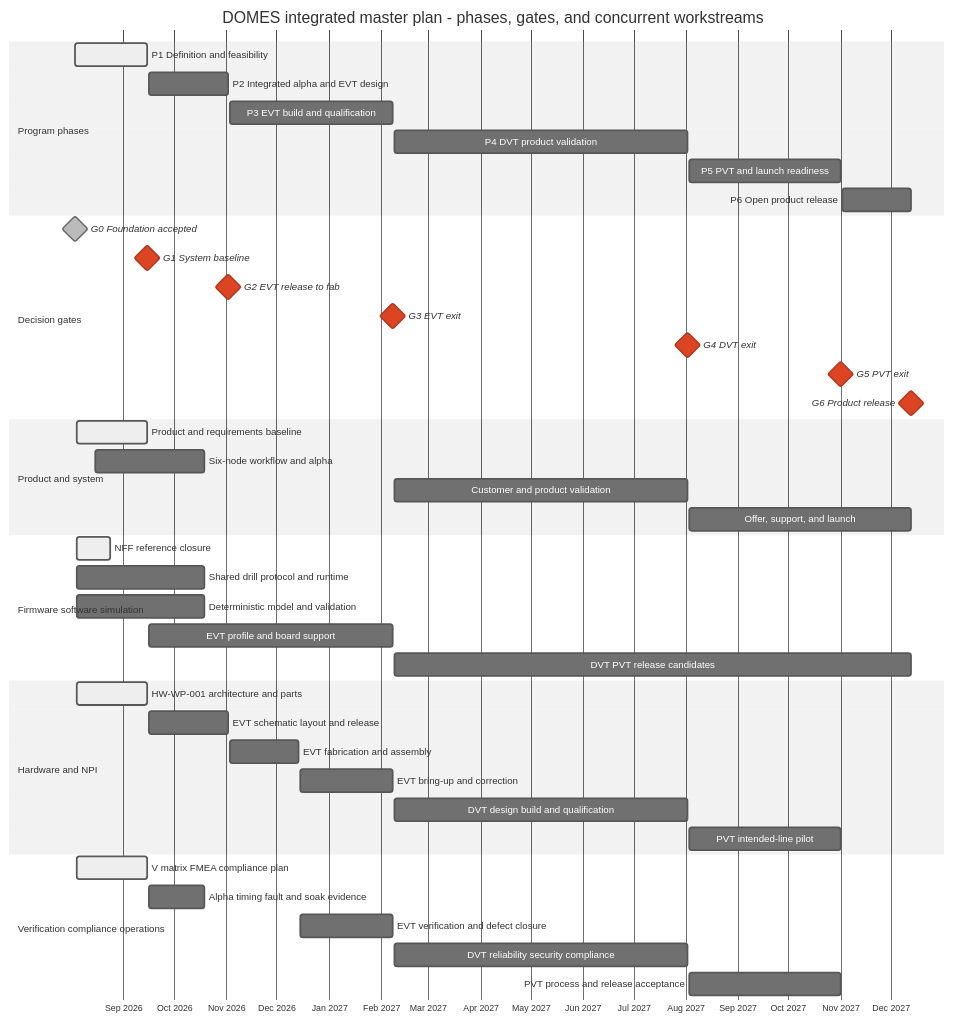
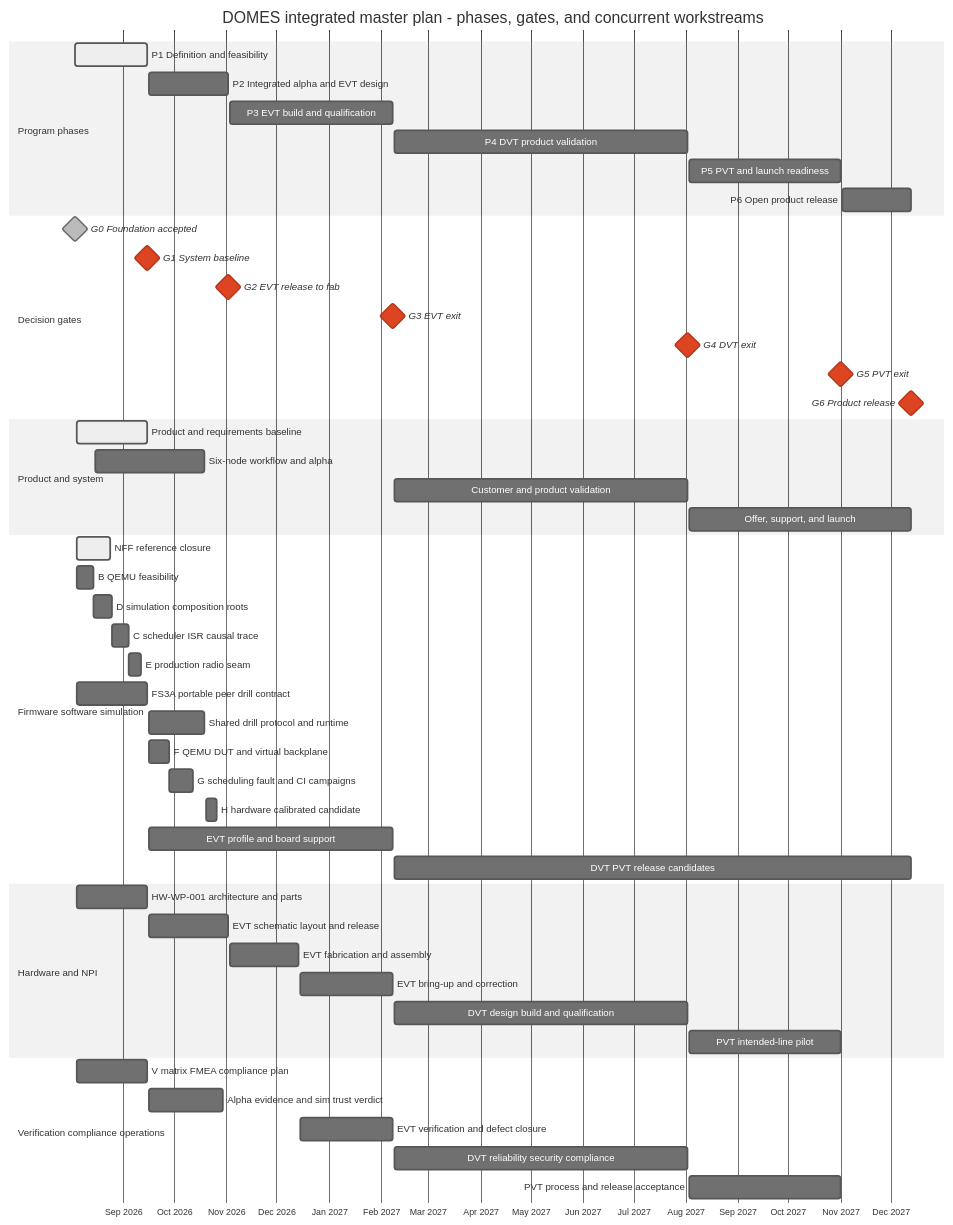
The diagram in docs/assets/integrated-master-plan.mmd (pcesar22/domes), drawn with Mermaid before and after one commit. The commit also changed 8 other files, not shown here.

Commit message:
docs(sim): define deterministic virtual platform

```diff
--- a/docs/assets/integrated-master-plan.mmd
+++ b/docs/assets/integrated-master-plan.mmd
@@ -1,58 +1,65 @@
 ---
 config:
   theme: neutral
   gantt:
     barHeight: 26
     barGap: 7
     topPadding: 48
 ---
 gantt
     title DOMES integrated master plan - phases, gates, and concurrent workstreams
     dateFormat  YYYY-MM-DD
     axisFormat  %b %Y
     tickInterval 1month
 
     section Program phases
     P1 Definition and feasibility             :active, p1, 2026-08-03, 2026-09-15
     P2 Integrated alpha and EVT design        :p2, 2026-09-16, 2026-11-02
     P3 EVT build and qualification            :p3, 2026-11-03, 2027-02-08
     P4 DVT product validation                 :p4, 2027-02-09, 2027-08-02
     P5 PVT and launch readiness               :p5, 2027-08-03, 2027-11-01
     P6 Open product release                   :p6, 2027-11-02, 2027-12-13
 
     section Decision gates
     G0 Foundation accepted                    :done, milestone, g0, 2026-08-03, 0d
     G1 System baseline                        :crit, milestone, g1, 2026-09-15, 0d
     G2 EVT release to fab                     :crit, milestone, g2, 2026-11-02, 0d
     G3 EVT exit                               :crit, milestone, g3, 2027-02-08, 0d
     G4 DVT exit                               :crit, milestone, g4, 2027-08-02, 0d
     G5 PVT exit                               :crit, milestone, g5, 2027-11-01, 0d
     G6 Product release                        :crit, milestone, g6, 2027-12-13, 0d
 
     section Product and system
     Product and requirements baseline         :active, ps1, 2026-08-04, 2026-09-15
     Six-node workflow and alpha               :ps2, 2026-08-15, 2026-10-19
     Customer and product validation           :ps3, 2027-02-09, 2027-08-02
     Offer, support, and launch                :ps4, 2027-08-03, 2027-12-13
 
     section Firmware software simulation
     NFF reference closure                     :active, fs1, 2026-08-04, 2026-08-24
-    Shared drill protocol and runtime         :fs3, 2026-08-04, 2026-10-19
-    Deterministic model and validation        :fs2, 2026-08-04, 2026-10-19
+    B QEMU feasibility                        :fs2b, 2026-08-04, 2026-08-14
+    D simulation composition roots            :fs2d, after fs2b, 2026-08-25
+    C scheduler ISR causal trace              :fs2c, after fs2d, 2026-09-04
+    E production radio seam                   :fs2e, after fs2c, 2026-09-11
+    FS3A portable peer drill contract         :fs3a, 2026-08-04, 2026-09-15
+    Shared drill protocol and runtime         :fs3, 2026-09-16, 2026-10-19
+    F QEMU DUT and virtual backplane          :fs2f, 2026-09-16, 2026-09-28
+    G scheduling fault and CI campaigns       :fs2g, after fs2f, 2026-10-12
+    H hardware calibrated candidate           :fs2h, 2026-10-20, 2026-10-26
     EVT profile and board support             :fs5, 2026-09-16, 2027-02-08
     DVT PVT release candidates                :fs6, 2027-02-09, 2027-12-13
 
     section Hardware and NPI
-    HW-WP-001 architecture and parts          :active, hw1, 2026-08-04, 2026-09-15
+    HW-WP-001 architecture and parts          :hw1, 2026-08-04, 2026-09-15
     EVT schematic layout and release          :hw2, 2026-09-16, 2026-11-02
     EVT fabrication and assembly              :hw3, 2026-11-03, 2026-12-14
     EVT bring-up and correction               :hw4, 2026-12-15, 2027-02-08
     DVT design build and qualification        :hw5, 2027-02-09, 2027-08-02
     PVT intended-line pilot                   :hw6, 2027-08-03, 2027-11-01
 
     section Verification compliance operations
-    V matrix FMEA compliance plan             :active, vc1, 2026-08-04, 2026-09-15
-    Alpha timing fault and soak evidence      :vc2, 2026-09-16, 2026-10-19
+    V matrix FMEA compliance plan             :vc1, 2026-08-04, 2026-09-15
+    Alpha evidence and sim trust verdict      :vc2, 2026-09-16, 2026-10-30
     EVT verification and defect closure       :vc3, 2026-12-15, 2027-02-08
     DVT reliability security compliance       :vc4, 2027-02-09, 2027-08-02
     PVT process and release acceptance        :vc5, 2027-08-03, 2027-11-01
```
